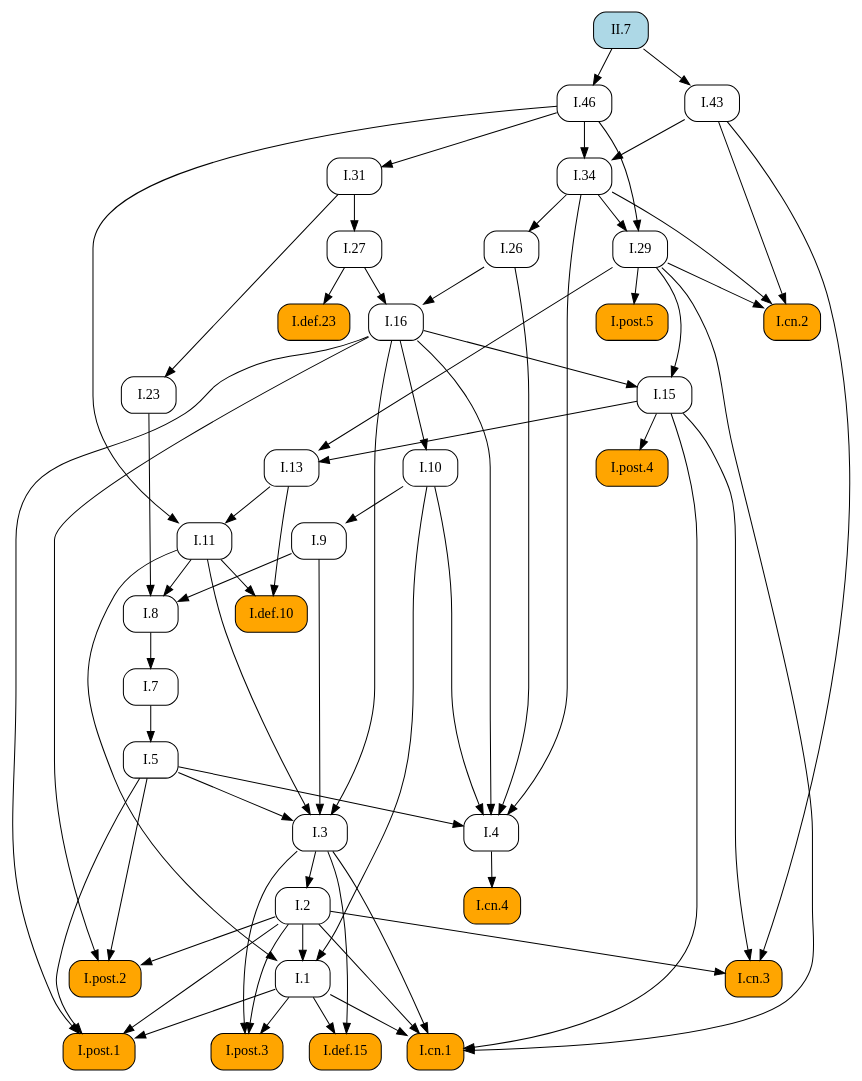
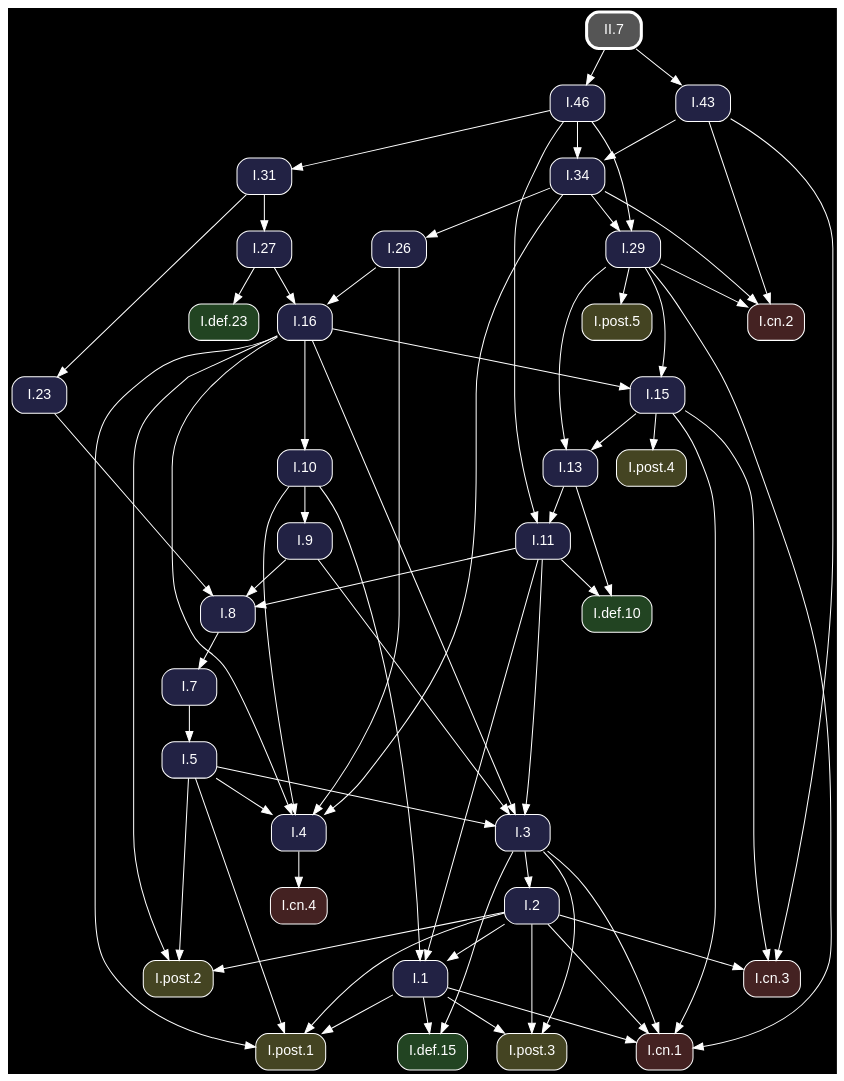
The diagram in docsrc/heath/II/7/index.rst (geometor/elements), drawn with Graphviz before and after one commit. The commit also changed other lines of this file and 1200 other files, not shown here.

Commit message:
update dependency graphs

```diff
--- a/docsrc/heath/II/7/index.rst
+++ b/docsrc/heath/II/7/index.rst
@@ -57,60 +57,45 @@
 .. graphviz::
 
    digraph {
+     bgcolor="black";
+     node [shape=box, style="rounded,filled", fontname="Helvetica", color="white", fontcolor="white"];
+     edge [color="white", fontcolor="white"];
      rankdir="TB";
-     node [shape=box, style=rounded];
-     "I.23" [URL="/heath/I/23/", target="_top"];
-     "I.9" [URL="/heath/I/9/", target="_top"];
-     "I.def.15" [style="rounded,filled", fillcolor=orange, URL="/heath/I/def.15/", target="_top"];
-     "I.post.3" [style="rounded,filled", fillcolor=orange, URL="/heath/I/post.3/", target="_top"];
-     "I.post.1" [style="rounded,filled", fillcolor=orange, URL="/heath/I/post.1/", target="_top"];
-     "I.43" [URL="/heath/I/43/", target="_top"];
-     "I.31" [URL="/heath/I/31/", target="_top"];
-     "I.def.10" [style="rounded,filled", fillcolor=orange, URL="/heath/I/def.10/", target="_top"];
-     "I.27" [URL="/heath/I/27/", target="_top"];
-     "II.7" [style="rounded,filled", fillcolor=lightblue, URL="/heath/II/7/", target="_top"];
-     "I.34" [URL="/heath/I/34/", target="_top"];
-     "I.3" [URL="/heath/I/3/", target="_top"];
-     "I.cn.1" [style="rounded,filled", fillcolor=orange, URL="/heath/I/cn.1/", target="_top"];
-     "I.7" [URL="/heath/I/7/", target="_top"];
-     "I.2" [URL="/heath/I/2/", target="_top"];
-     "I.13" [URL="/heath/I/13/", target="_top"];
-     "I.post.4" [style="rounded,filled", fillcolor=orange, URL="/heath/I/post.4/", target="_top"];
-     "I.4" [URL="/heath/I/4/", target="_top"];
-     "I.1" [URL="/heath/I/1/", target="_top"];
-     "I.5" [URL="/heath/I/5/", target="_top"];
-     "I.8" [URL="/heath/I/8/", target="_top"];
-     "I.29" [URL="/heath/I/29/", target="_top"];
-     "I.cn.3" [style="rounded,filled", fillcolor=orange, URL="/heath/I/cn.3/", target="_top"];
-     "I.16" [URL="/heath/I/16/", target="_top"];
-     "I.15" [URL="/heath/I/15/", target="_top"];
-     "I.10" [URL="/heath/I/10/", target="_top"];
-     "I.11" [URL="/heath/I/11/", target="_top"];
-     "I.def.23" [style="rounded,filled", fillcolor=orange, URL="/heath/I/def.23/", target="_top"];
-     "I.cn.2" [style="rounded,filled", fillcolor=orange, URL="/heath/I/cn.2/", target="_top"];
-     "I.post.5" [style="rounded,filled", fillcolor=orange, URL="/heath/I/post.5/", target="_top"];
-     "I.cn.4" [style="rounded,filled", fillcolor=orange, URL="/heath/I/cn.4/", target="_top"];
-     "I.post.2" [style="rounded,filled", fillcolor=orange, URL="/heath/I/post.2/", target="_top"];
-     "I.46" [URL="/heath/I/46/", target="_top"];
-     "I.26" [URL="/heath/I/26/", target="_top"];
-     "I.31" -> "I.23";
-     "I.10" -> "I.9";
-     "I.1" -> "I.def.15";
-     "I.3" -> "I.def.15";
-     "I.1" -> "I.post.3";
-     "I.2" -> "I.post.3";
-     "I.3" -> "I.post.3";
-     "I.1" -> "I.post.1";
-     "I.2" -> "I.post.1";
-     "I.5" -> "I.post.1";
-     "I.16" -> "I.post.1";
-     "II.7" -> "I.43";
+     "I.31" [fillcolor="#222244", URL="/heath/I/31/", target="_top"];
+     "I.3" [fillcolor="#222244", URL="/heath/I/3/", target="_top"];
+     "I.cn.1" [fillcolor="#442222", URL="/heath/I/cn.1/", target="_top"];
+     "I.def.10" [fillcolor="#224422", URL="/heath/I/def.10/", target="_top"];
+     "I.15" [fillcolor="#222244", URL="/heath/I/15/", target="_top"];
+     "I.13" [fillcolor="#222244", URL="/heath/I/13/", target="_top"];
+     "I.27" [fillcolor="#222244", URL="/heath/I/27/", target="_top"];
+     "I.2" [fillcolor="#222244", URL="/heath/I/2/", target="_top"];
+     "I.cn.2" [fillcolor="#442222", URL="/heath/I/cn.2/", target="_top"];
+     "I.9" [fillcolor="#222244", URL="/heath/I/9/", target="_top"];
+     "I.43" [fillcolor="#222244", URL="/heath/I/43/", target="_top"];
+     "I.1" [fillcolor="#222244", URL="/heath/I/1/", target="_top"];
+     "I.post.5" [fillcolor="#444422", URL="/heath/I/post.5/", target="_top"];
+     "I.post.4" [fillcolor="#444422", URL="/heath/I/post.4/", target="_top"];
+     "I.23" [fillcolor="#222244", URL="/heath/I/23/", target="_top"];
+     "II.7" [penwidth=3, color="white", fillcolor="#555555", URL="/heath/II/7/", target="_top"];
+     "I.26" [fillcolor="#222244", URL="/heath/I/26/", target="_top"];
+     "I.8" [fillcolor="#222244", URL="/heath/I/8/", target="_top"];
+     "I.4" [fillcolor="#222244", URL="/heath/I/4/", target="_top"];
+     "I.7" [fillcolor="#222244", URL="/heath/I/7/", target="_top"];
+     "I.5" [fillcolor="#222244", URL="/heath/I/5/", target="_top"];
+     "I.10" [fillcolor="#222244", URL="/heath/I/10/", target="_top"];
+     "I.46" [fillcolor="#222244", URL="/heath/I/46/", target="_top"];
+     "I.post.1" [fillcolor="#444422", URL="/heath/I/post.1/", target="_top"];
+     "I.11" [fillcolor="#222244", URL="/heath/I/11/", target="_top"];
+     "I.16" [fillcolor="#222244", URL="/heath/I/16/", target="_top"];
+     "I.cn.3" [fillcolor="#442222", URL="/heath/I/cn.3/", target="_top"];
+     "I.29" [fillcolor="#222244", URL="/heath/I/29/", target="_top"];
+     "I.post.2" [fillcolor="#444422", URL="/heath/I/post.2/", target="_top"];
+     "I.cn.4" [fillcolor="#442222", URL="/heath/I/cn.4/", target="_top"];
+     "I.def.23" [fillcolor="#224422", URL="/heath/I/def.23/", target="_top"];
+     "I.post.3" [fillcolor="#444422", URL="/heath/I/post.3/", target="_top"];
+     "I.34" [fillcolor="#222244", URL="/heath/I/34/", target="_top"];
+     "I.def.15" [fillcolor="#224422", URL="/heath/I/def.15/", target="_top"];
      "I.46" -> "I.31";
-     "I.11" -> "I.def.10";
-     "I.13" -> "I.def.10";
-     "I.31" -> "I.27";
-     "I.43" -> "I.34";
-     "I.46" -> "I.34";
      "I.5" -> "I.3";
      "I.9" -> "I.3";
      "I.11" -> "I.3";
@@ -120,44 +105,61 @@
      "I.3" -> "I.cn.1";
      "I.15" -> "I.cn.1";
      "I.29" -> "I.cn.1";
-     "I.8" -> "I.7";
-     "I.3" -> "I.2";
+     "I.11" -> "I.def.10";
+     "I.13" -> "I.def.10";
+     "I.16" -> "I.15";
+     "I.29" -> "I.15";
      "I.15" -> "I.13";
      "I.29" -> "I.13";
+     "I.31" -> "I.27";
+     "I.3" -> "I.2";
+     "I.29" -> "I.cn.2";
+     "I.34" -> "I.cn.2";
+     "I.43" -> "I.cn.2";
+     "I.10" -> "I.9";
+     "II.7" -> "I.43";
+     "I.2" -> "I.1";
+     "I.10" -> "I.1";
+     "I.11" -> "I.1";
+     "I.29" -> "I.post.5";
      "I.15" -> "I.post.4";
+     "I.31" -> "I.23";
+     "I.34" -> "I.26";
+     "I.9" -> "I.8";
+     "I.11" -> "I.8";
+     "I.23" -> "I.8";
      "I.5" -> "I.4";
      "I.10" -> "I.4";
      "I.16" -> "I.4";
      "I.26" -> "I.4";
      "I.34" -> "I.4";
-     "I.2" -> "I.1";
-     "I.10" -> "I.1";
-     "I.11" -> "I.1";
+     "I.8" -> "I.7";
      "I.7" -> "I.5";
-     "I.9" -> "I.8";
-     "I.11" -> "I.8";
-     "I.23" -> "I.8";
-     "I.34" -> "I.29";
-     "I.46" -> "I.29";
+     "I.16" -> "I.10";
+     "II.7" -> "I.46";
+     "I.1" -> "I.post.1";
+     "I.2" -> "I.post.1";
+     "I.5" -> "I.post.1";
+     "I.16" -> "I.post.1";
+     "I.13" -> "I.11";
+     "I.46" -> "I.11";
+     "I.26" -> "I.16";
+     "I.27" -> "I.16";
      "I.2" -> "I.cn.3";
      "I.15" -> "I.cn.3";
      "I.43" -> "I.cn.3";
-     "I.26" -> "I.16";
-     "I.27" -> "I.16";
-     "I.16" -> "I.15";
-     "I.29" -> "I.15";
-     "I.16" -> "I.10";
-     "I.13" -> "I.11";
-     "I.46" -> "I.11";
-     "I.27" -> "I.def.23";
-     "I.29" -> "I.cn.2";
-     "I.34" -> "I.cn.2";
-     "I.43" -> "I.cn.2";
-     "I.29" -> "I.post.5";
-     "I.4" -> "I.cn.4";
+     "I.34" -> "I.29";
+     "I.46" -> "I.29";
      "I.2" -> "I.post.2";
      "I.5" -> "I.post.2";
      "I.16" -> "I.post.2";
-     "II.7" -> "I.46";
-     "I.34" -> "I.26";
+     "I.4" -> "I.cn.4";
+     "I.27" -> "I.def.23";
+     "I.1" -> "I.post.3";
+     "I.2" -> "I.post.3";
+     "I.3" -> "I.post.3";
+     "I.43" -> "I.34";
+     "I.46" -> "I.34";
+     "I.1" -> "I.def.15";
+     "I.3" -> "I.def.15";
    }
```
